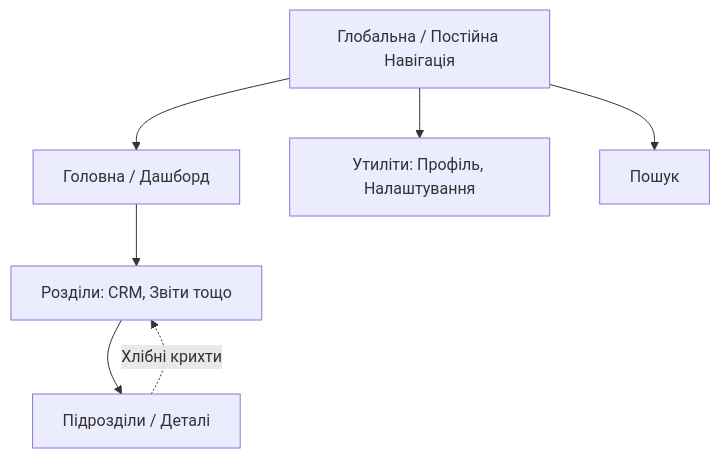
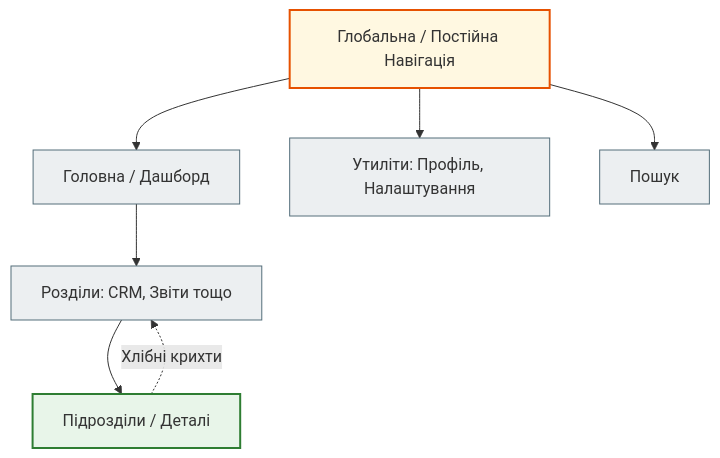
Before and after one commit to NikoriakViktot/notes_chat_app: the first of 11 diagrams in docs/05_frontend_and_templates/design_foundations_full.md, drawn with Mermaid. The commit also changed other lines of this file and 441 other files, not shown here.

First line of the commit message:
Add English version of the book, Mermaid standard, docs fixes

````diff
--- a/docs/05_frontend_and_templates/design_foundations_full.md
+++ b/docs/05_frontend_and_templates/design_foundations_full.md
@@ -108,9 +108,16 @@
 ```mermaid
 graph TD
     A[Глобальна / Постійна Навігація] --> B[Головна / Дашборд]
     A --> C[Утиліти: Профіль, Налаштування]
     A --> D[Пошук]
     B --> E[Розділи: CRM, Звіти тощо]
     E --> F[Підрозділи / Деталі]
     F -.->|Хлібні крихти| E
+
+    classDef step     fill:#eceff1,stroke:#546e7a,stroke-width:1px;
+    classDef success  fill:#e8f5e9,stroke:#2e7d32,stroke-width:2px;
+    classDef warning  fill:#fff8e1,stroke:#e65100,stroke-width:2px;
+    class B,C,D,E step;
+    class F success;
+    class A warning;
 ```
````
